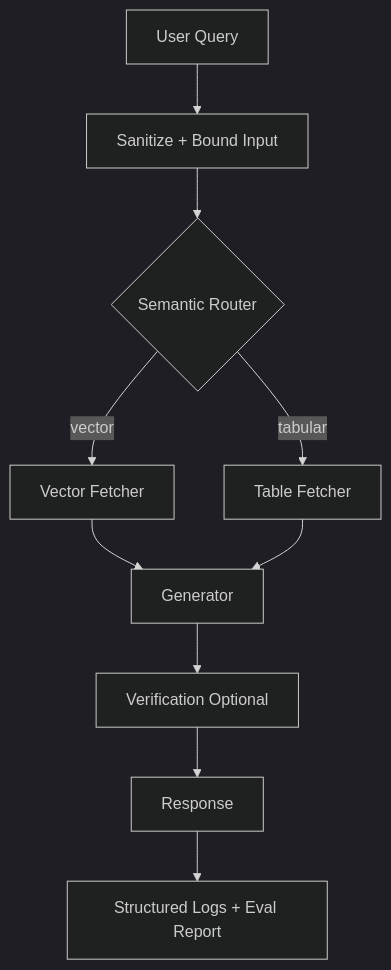
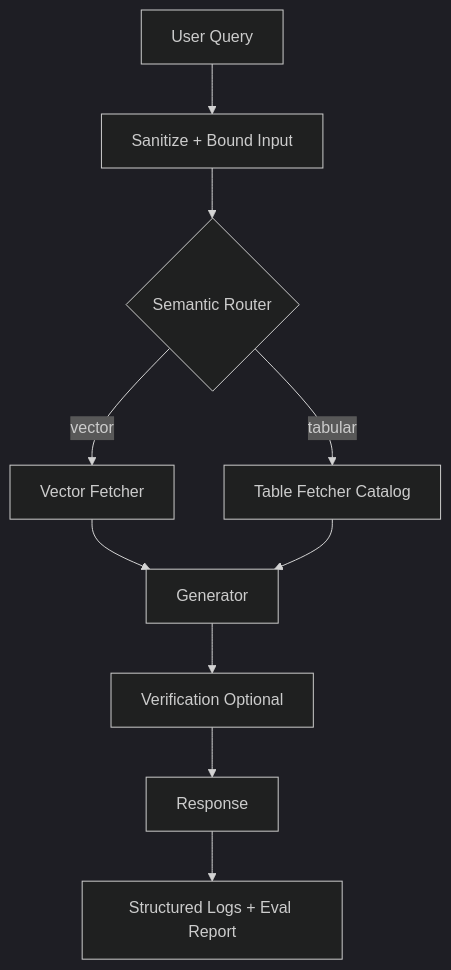
Before and after one commit to GurleenSingh0701/Omni-Sentinel-RAG: the diagram in README.md, drawn with Mermaid (dark theme). The commit also changed other lines of this file and 12 other files, not shown here.

````diff
--- a/README.md
+++ b/README.md
@@ -64,12 +88,12 @@
 ```mermaid
 graph TD
         U[User Query] --> S[Sanitize + Bound Input]
         S --> R{Semantic Router}
         R -->|vector| V[Vector Fetcher]
-        R -->|tabular| T[Table Fetcher]
+    R -->|tabular| T[Table Fetcher Catalog]
         V --> G[Generator]
         T --> G
         G --> Q[Verification Optional]
         Q --> O[Response]
         O --> L[Structured Logs + Eval Report]
 ```
````
